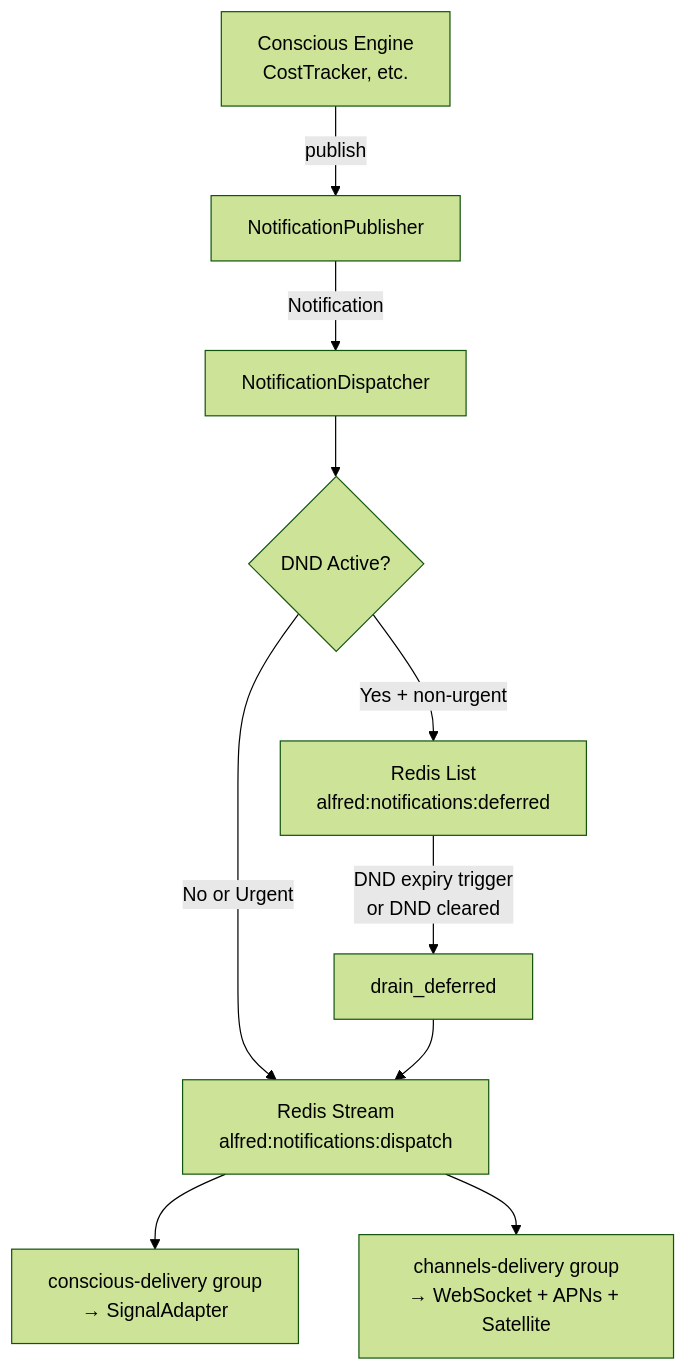
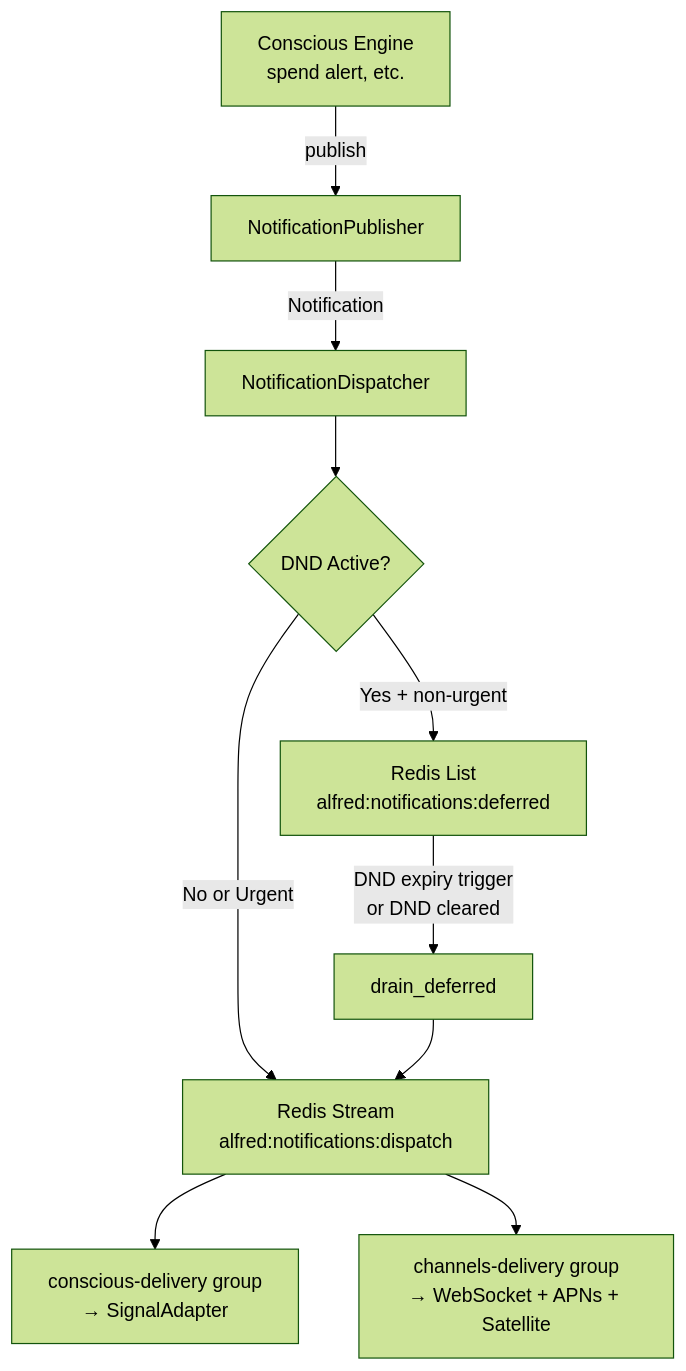
Before and after one commit to anirudhlath/alfred: the diagram in docs/notifications.md, drawn with Mermaid (forest theme). The commit also changed other lines of this file and 78 other files, not shown here.

````diff
--- a/docs/notifications.md
+++ b/docs/notifications.md
@@ -11,12 +11,12 @@
 ```mermaid
 graph TD
-    CE[Conscious Engine<br/>CostTracker, etc.] -->|publish| NP[NotificationPublisher]
+    CE[Conscious Engine<br/>spend alert, etc.] -->|publish| NP[NotificationPublisher]
     NP -->|Notification| ND[NotificationDispatcher]
     ND --> DND{DND Active?}
     DND -->|Yes + non-urgent| DEFER[Redis List<br/>alfred:notifications:deferred]
     DND -->|No or Urgent| STREAM[Redis Stream<br/>alfred:notifications:dispatch]
     STREAM --> CG1[conscious-delivery group<br/>→ SignalAdapter]
     STREAM --> CG2[channels-delivery group<br/>→ WebSocket + APNs + Satellite]
     DEFER -->|DND expiry trigger<br/>or DND cleared| DRAIN[drain_deferred]
     DRAIN --> STREAM
 ```
````
